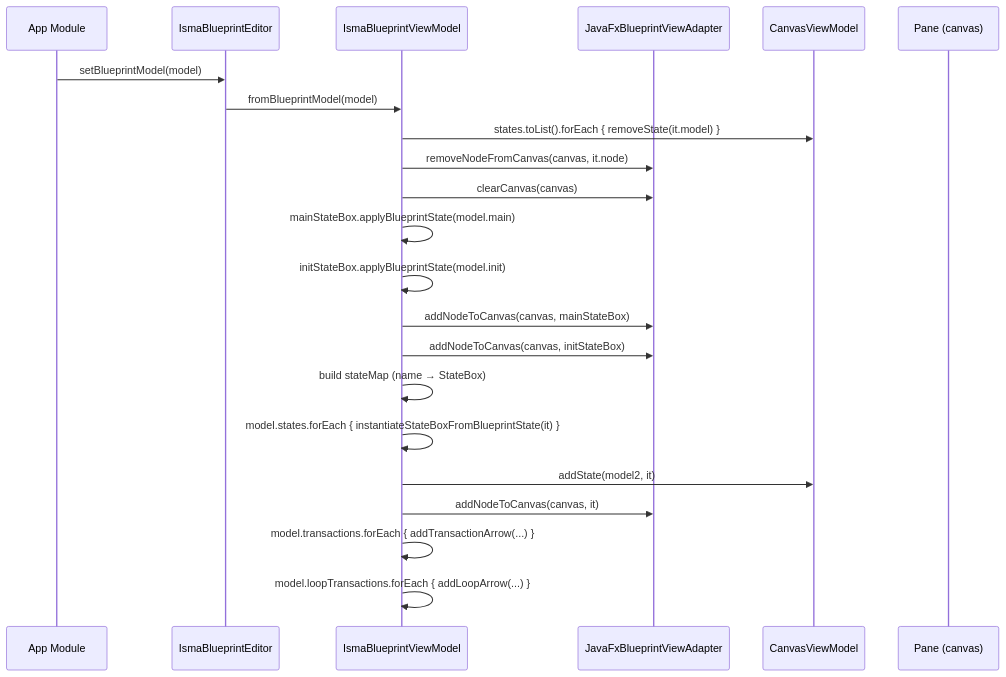
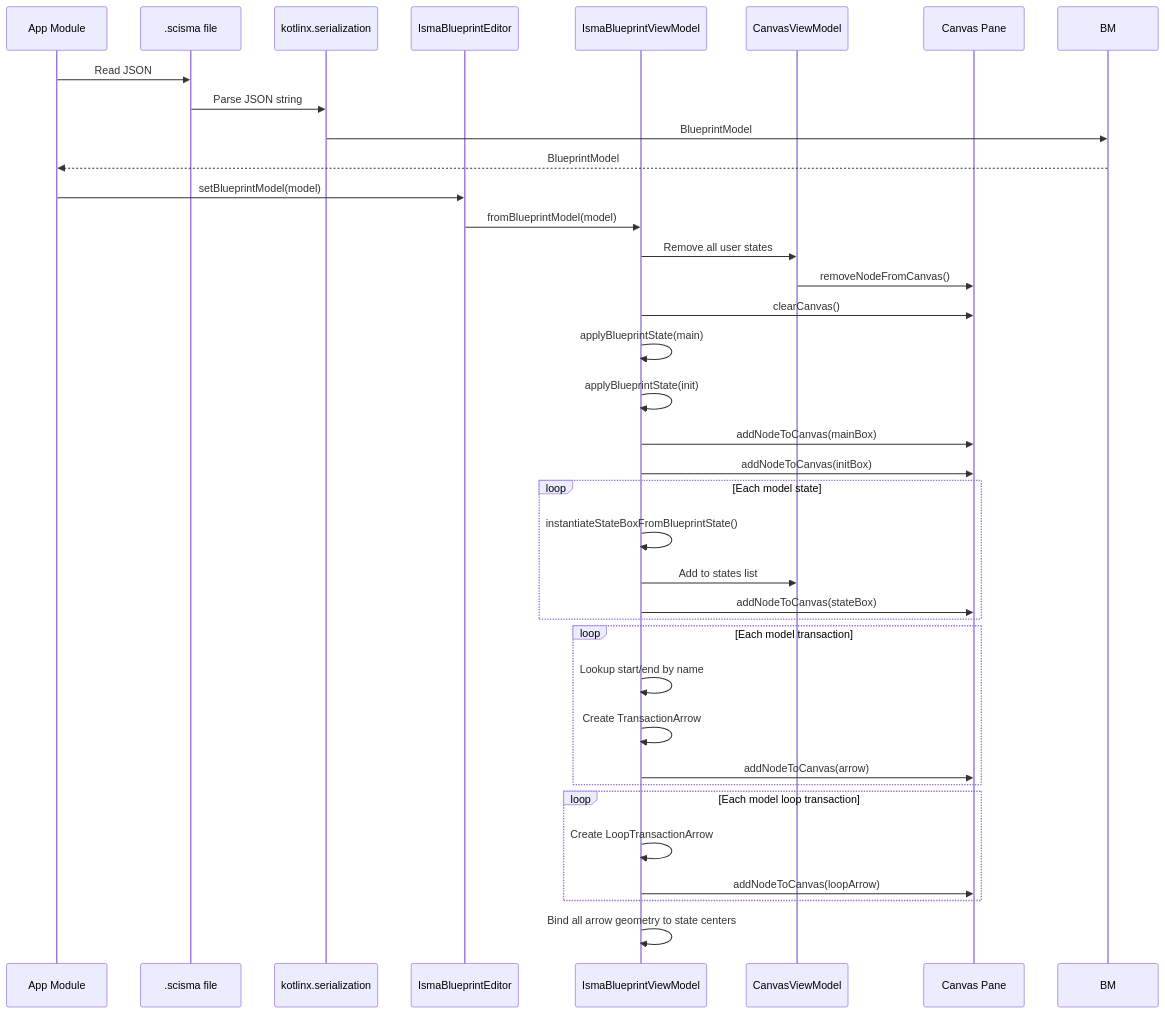
Before and after one commit to SmallBossGames/isma: the second of 2 diagrams in docs/isma-ui/blueprint-editor/01-architecture.md, drawn with Mermaid. The commit also changed other lines of this file and 26 other files, not shown here.

````diff
--- a/docs/isma-ui/blueprint-editor/01-architecture.md
+++ b/docs/isma-ui/blueprint-editor/01-architecture.md
@@ -166,25 +122,39 @@
 ```mermaid
 sequenceDiagram
     participant App as App Module
+    participant File as .scisma file
+    participant JSON as kotlinx.serialization
     participant Editor as IsmaBlueprintEditor
     participant VM as IsmaBlueprintViewModel
-    participant VA as JavaFxBlueprintViewAdapter
-    participant CV as CanvasViewModel
-    participant Canvas as Pane (canvas)
+    participant CVM as CanvasViewModel
+    participant Canvas as Canvas Pane
 
+    App->>File: Read JSON
+    File->>JSON: Parse JSON string
+    JSON->>BM: BlueprintModel
+    BM-->>App: BlueprintModel
     App->>Editor: setBlueprintModel(model)
     Editor->>VM: fromBlueprintModel(model)
-    VM->>CV: states.toList().forEach { removeState(it.model) }
-    VM->>VA: removeNodeFromCanvas(canvas, it.node)
-    VM->>VA: clearCanvas(canvas)
-    VM->>VM: mainStateBox.applyBlueprintState(model.main)
-    VM->>VM: initStateBox.applyBlueprintState(model.init)
-    VM->>VA: addNodeToCanvas(canvas, mainStateBox)
-    VM->>VA: addNodeToCanvas(canvas, initStateBox)
-    VM->>VM: build stateMap (name → StateBox)
-    VM->>VM: model.states.forEach { instantiateStateBoxFromBlueprintState(it) }
-    VM->>CV: addState(model2, it)
-    VM->>VA: addNodeToCanvas(canvas, it)
-    VM->>VM: model.transactions.forEach { addTransactionArrow(...) }
-    VM->>VM: model.loopTransactions.forEach { addLoopArrow(...) }
+    VM->>CVM: Remove all user states
+    CVM->>Canvas: removeNodeFromCanvas()
+    VM->>Canvas: clearCanvas()
+    VM->>VM: applyBlueprintState(main)
+    VM->>VM: applyBlueprintState(init)
+    VM->>Canvas: addNodeToCanvas(mainBox)
+    VM->>Canvas: addNodeToCanvas(initBox)
+    loop Each model state
+        VM->>VM: instantiateStateBoxFromBlueprintState()
+        VM->>CVM: Add to states list
+        VM->>Canvas: addNodeToCanvas(stateBox)
+    end
+    loop Each model transaction
+        VM->>VM: Lookup start/end by name
+        VM->>VM: Create TransactionArrow
+        VM->>Canvas: addNodeToCanvas(arrow)
+    end
+    loop Each model loop transaction
+        VM->>VM: Create LoopTransactionArrow
+        VM->>Canvas: addNodeToCanvas(loopArrow)
+    end
+    VM->>VM: Bind all arrow geometry to state centers
 ```
````
